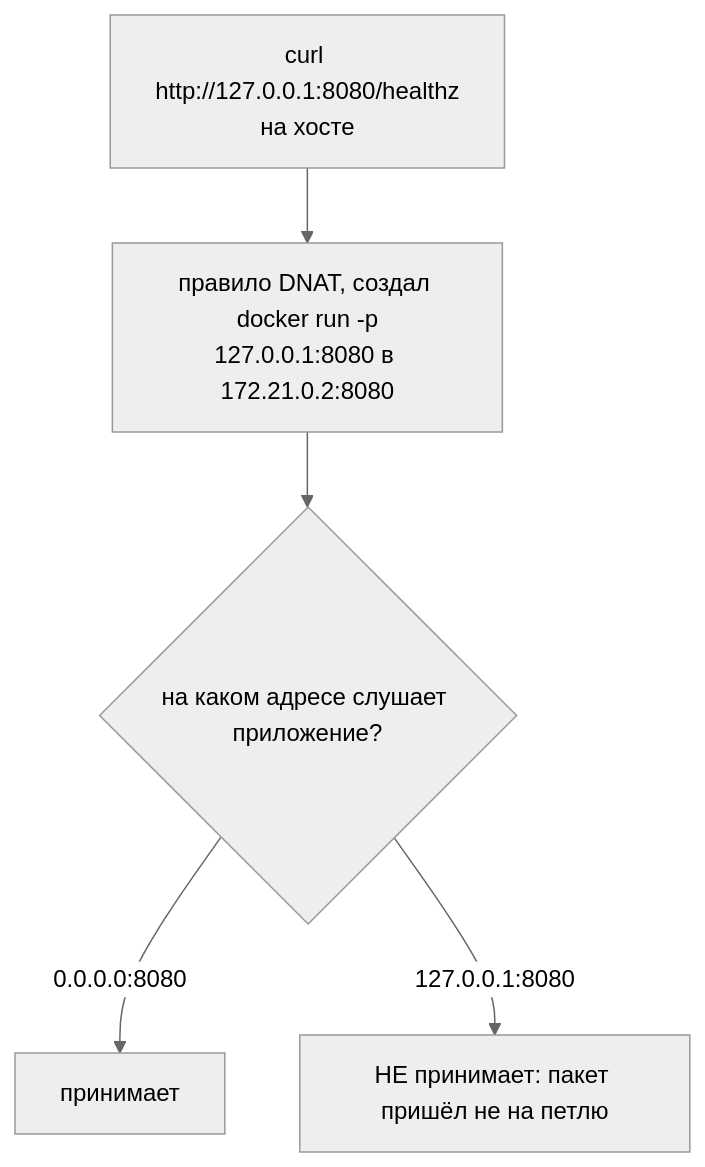
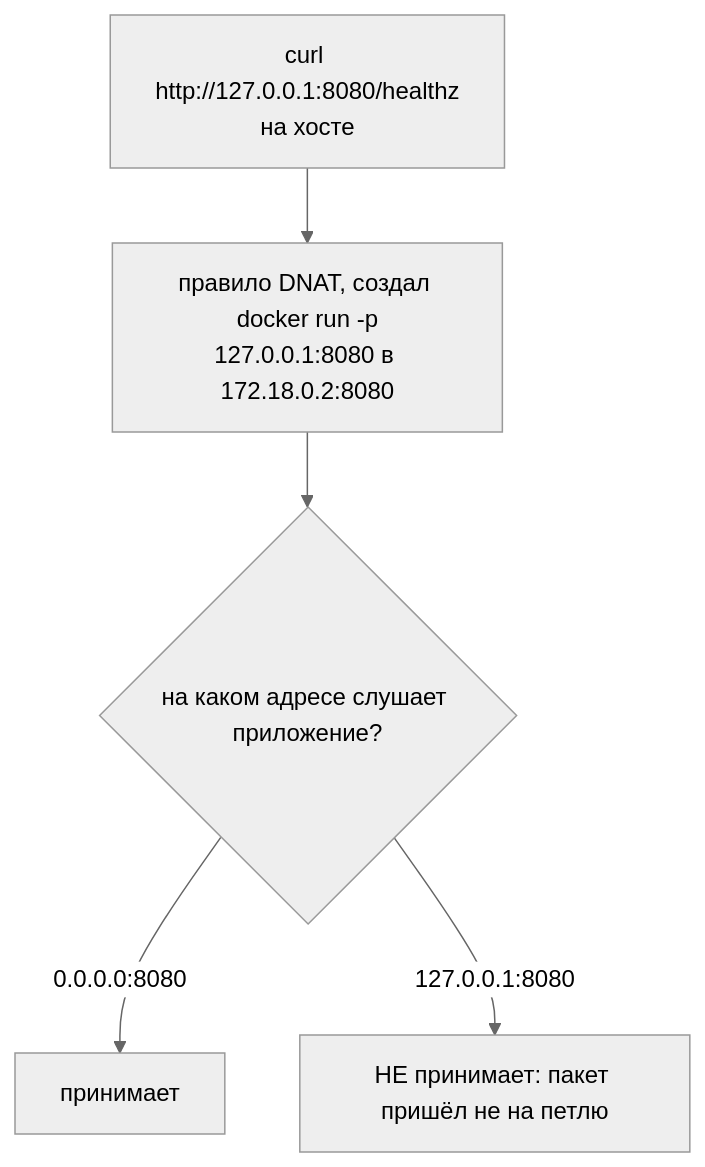
One commit to distinguished-sre/learning changed the eighth of 10 diagrams in devops/04-docker/03-storage-networks.md. Above: the diagram before and after it, drawn with Mermaid (neutral theme). The commit also changed other lines of this file and 462 other files, not shown here.

````diff
--- a/devops/04-docker/03-storage-networks.md
+++ b/devops/04-docker/03-storage-networks.md
@@ -452,7 +437,7 @@
 ```mermaid
 flowchart TD
-    CURL["curl http://127.0.0.1:8080/healthz<br>на хосте"] --> DNAT["правило DNAT, создал docker run -p<br>127.0.0.1:8080 в 172.21.0.2:8080"]
+    CURL["curl http://127.0.0.1:8080/healthz<br>на хосте"] --> DNAT["правило DNAT, создал docker run -p<br>127.0.0.1:8080 в 172.18.0.2:8080"]
     DNAT --> APP{"на каком адресе слушает приложение?"}
     APP -->|"0.0.0.0:8080"| OK["принимает"]
     APP -->|"127.0.0.1:8080"| NO["НЕ принимает: пакет пришёл не на петлю"]
 ```
````
